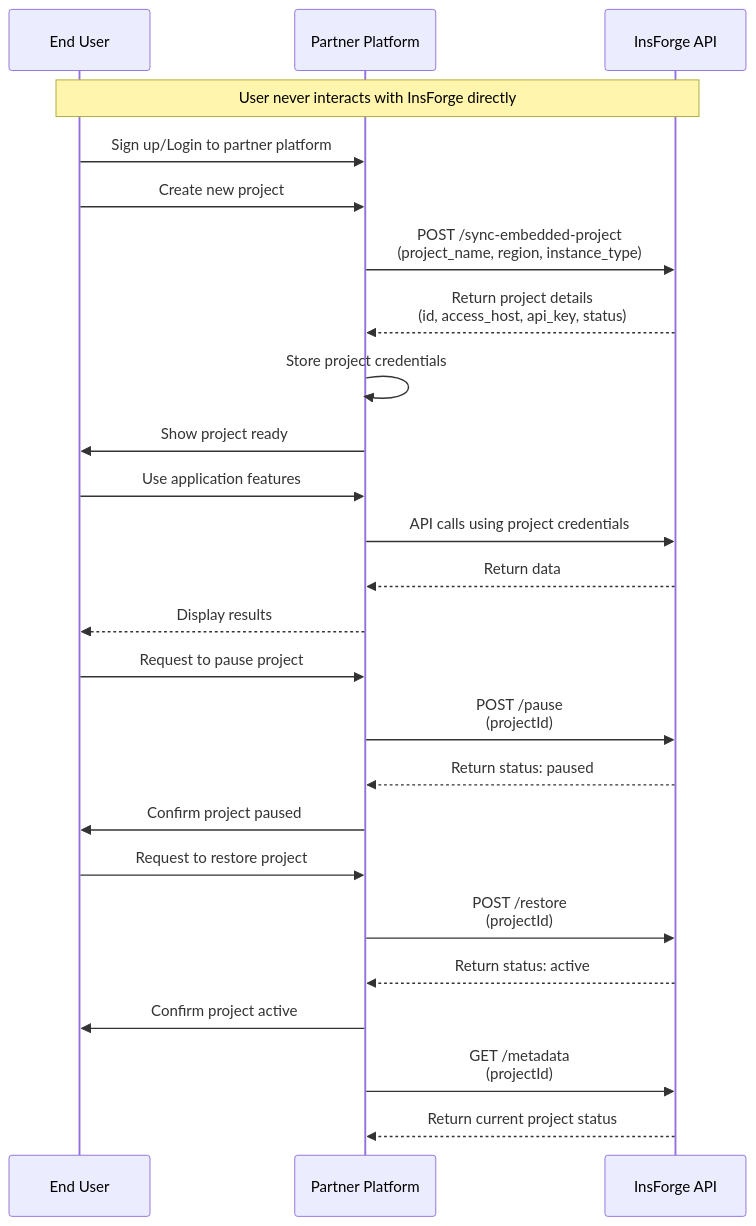
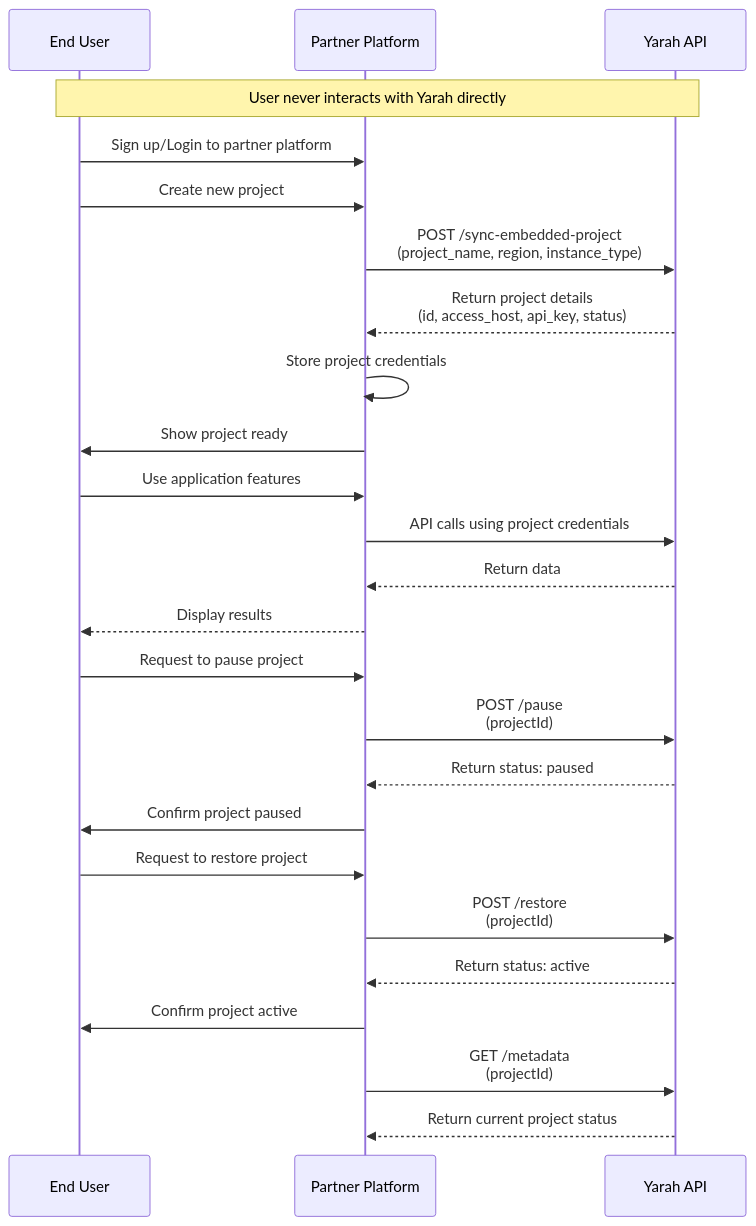
One commit to Darts7u7/Yarah-oos changed the second of 2 diagrams in docs/es/partnership.mdx. Above: the diagram before and after it, drawn with Mermaid. The commit also changed other lines of this file and 1141 other files, not shown here.

````diff
--- a/docs/es/partnership.mdx
+++ b/docs/es/partnership.mdx
@@ -527,34 +527,34 @@
 ```mermaid
 sequenceDiagram
     participant User as End User
     participant Partner as Partner Platform
-    participant InsForge as InsForge API
+    participant Yarah as Yarah API
 
-    Note over User,InsForge: User never interacts with InsForge directly
+    Note over User,Yarah: User never interacts with Yarah directly
 
     User->>Partner: Sign up/Login to partner platform
 
     User->>Partner: Create new project
-    Partner->>InsForge: POST /sync-embedded-project<br/>(project_name, region, instance_type)
-    InsForge-->>Partner: Return project details<br/>(id, access_host, api_key, status)
+    Partner->>Yarah: POST /sync-embedded-project<br/>(project_name, region, instance_type)
+    Yarah-->>Partner: Return project details<br/>(id, access_host, api_key, status)
     Partner->>Partner: Store project credentials
     Partner->>User: Show project ready
 
     User->>Partner: Use application features
-    Partner->>InsForge: API calls using project credentials
-    InsForge-->>Partner: Return data
+    Partner->>Yarah: API calls using project credentials
+    Yarah-->>Partner: Return data
     Partner-->>User: Display results
 
     User->>Partner: Request to pause project
-    Partner->>InsForge: POST /pause<br/>(projectId)
-    InsForge-->>Partner: Return status: paused
+    Partner->>Yarah: POST /pause<br/>(projectId)
+    Yarah-->>Partner: Return status: paused
     Partner->>User: Confirm project paused
 
     User->>Partner: Request to restore project
-    Partner->>InsForge: POST /restore<br/>(projectId)
-    InsForge-->>Partner: Return status: active
+    Partner->>Yarah: POST /restore<br/>(projectId)
+    Yarah-->>Partner: Return status: active
     Partner->>User: Confirm project active
 
-    Partner->>InsForge: GET /metadata<br/>(projectId)
-    InsForge-->>Partner: Return current project status
+    Partner->>Yarah: GET /metadata<br/>(projectId)
+    Yarah-->>Partner: Return current project status
 ```
````
